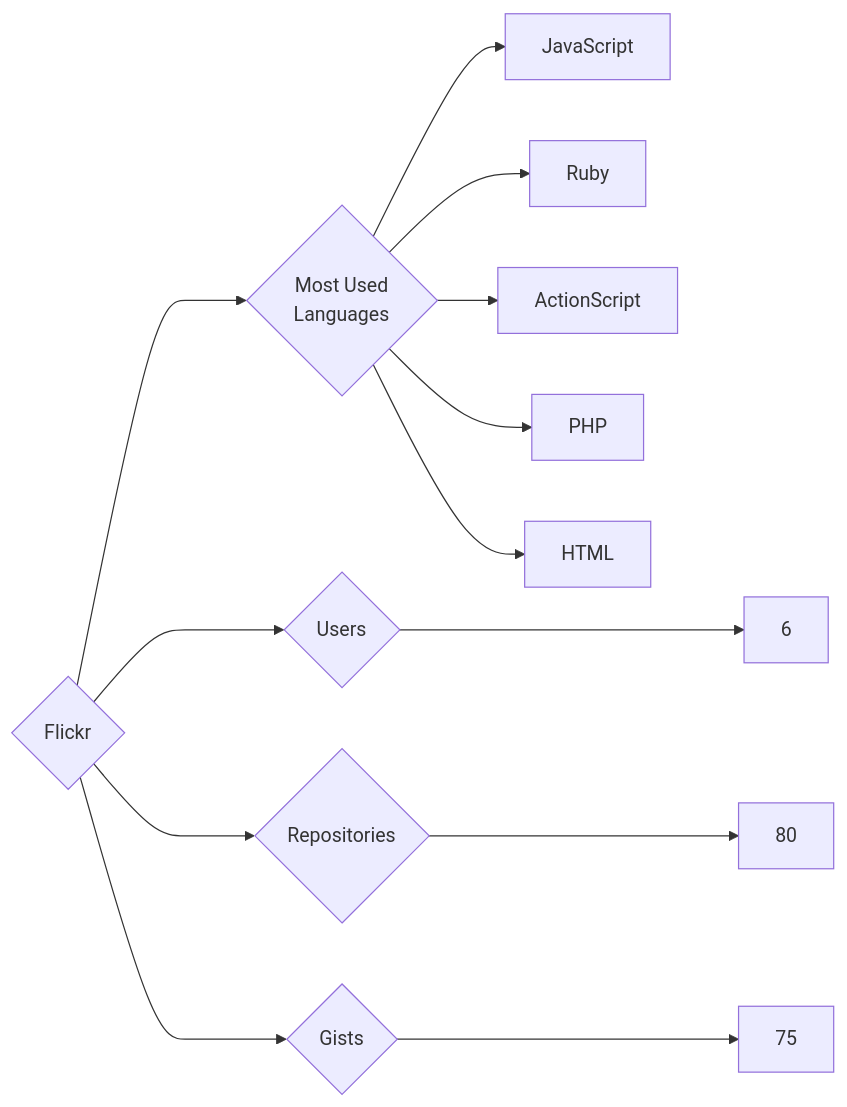
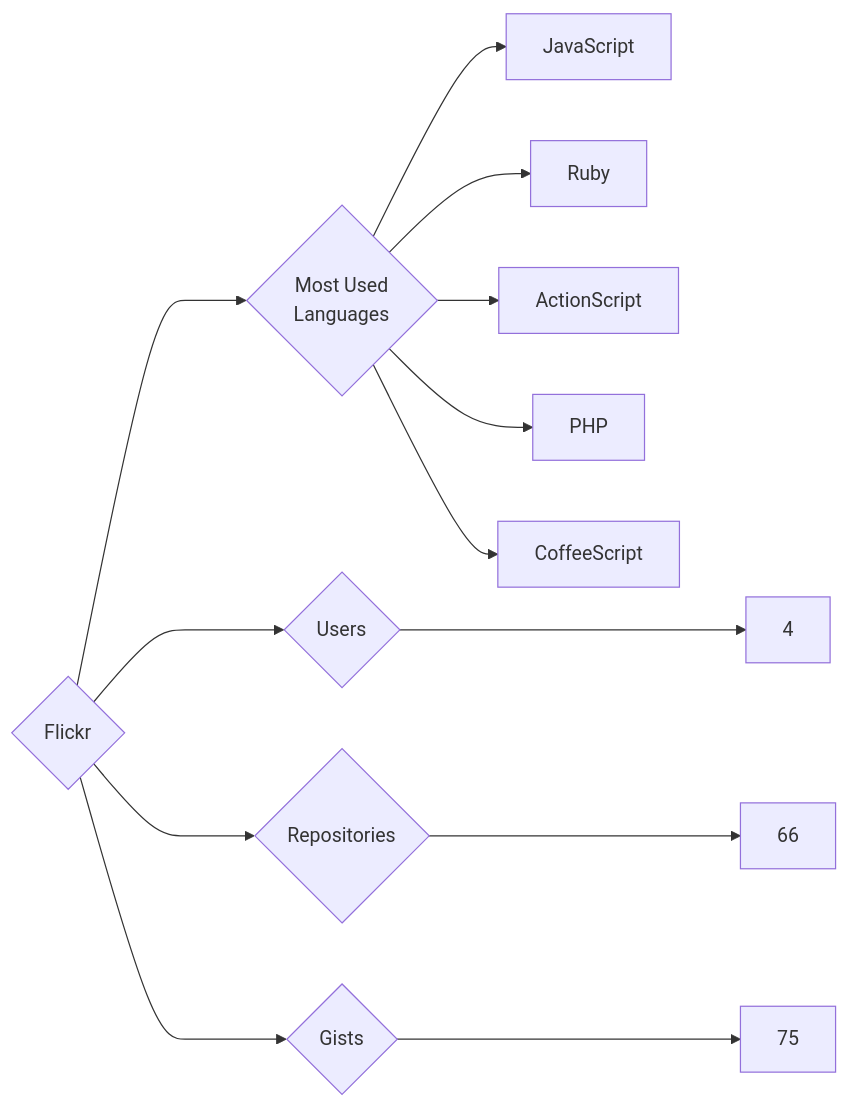
One commit to trickest/insiders changed the diagram in targets/Flickr/README.md. Above: the diagram before and after it, drawn with Mermaid. The commit also changed 934 other files, not shown here.

````diff
--- a/targets/Flickr/README.md
+++ b/targets/Flickr/README.md
@@ -3,13 +3,13 @@
 ```mermaid
 graph LR
 COMPANY_NAME{Flickr}
-COMPANY_NAME ---> U{Users} ---> UN[6]
-COMPANY_NAME ---> R{Repositories} ---> RN[80]
+COMPANY_NAME ---> U{Users} ---> UN[4]
+COMPANY_NAME ---> R{Repositories} ---> RN[66]
 COMPANY_NAME ---> G{Gists} ---> GN[75]
 COMPANY_NAME ---> ML{Most Used<br>Languages}
 ML --> JavaScript[JavaScript]
 ML --> Ruby[Ruby]
 ML --> ActionScript[ActionScript]
 ML --> PHP[PHP]
-ML --> HTML[HTML]
+ML --> CoffeeScript[CoffeeScript]
 ```
````
